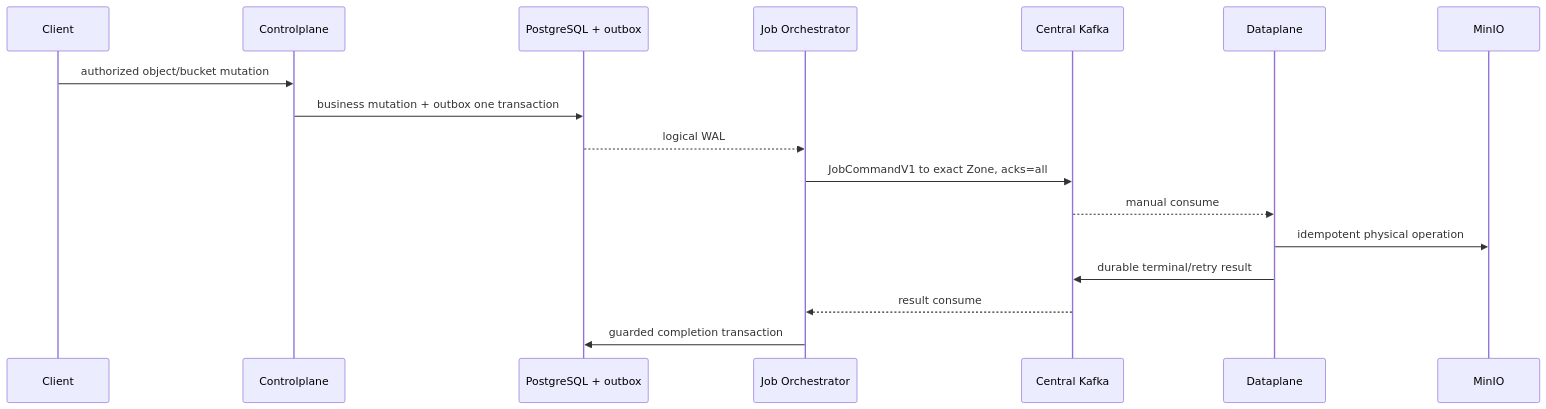
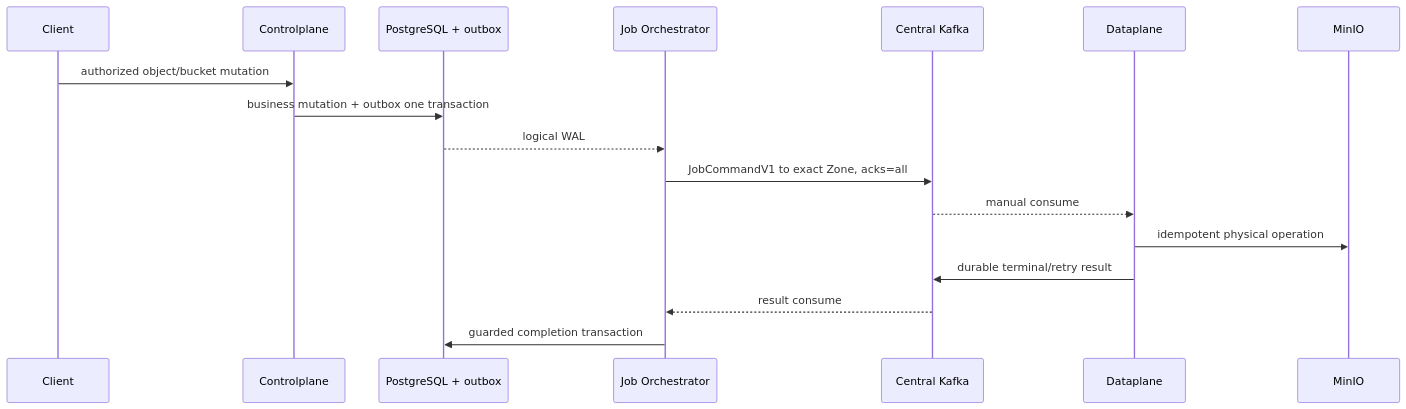
One commit to phucle996/aurora changed the first of 2 diagrams in god_view/storage/object_management_god_view.md. Above: the diagram before and after it, drawn with Mermaid. The commit also changed other lines of this file and 66 other files, not shown here.

````diff
--- a/god_view/storage/object_management_god_view.md
+++ b/god_view/storage/object_management_god_view.md
@@ -18,20 +18,21 @@
 ```mermaid
 sequenceDiagram
     participant C as Client
     participant CP as Controlplane
+    participant PG as PostgreSQL outbox
     participant PG as PostgreSQL + outbox
     participant JO as Job Orchestrator
     participant K as Central Kafka
     participant DP as Dataplane
     participant M as MinIO
 
     C->>CP: authorized object/bucket mutation
     CP->>PG: business mutation + outbox one transaction
     PG-->>JO: logical WAL
     JO->>K: JobCommandV1 to exact Zone, acks=all
     K-->>DP: manual consume
     DP->>M: idempotent physical operation
     DP->>K: durable terminal/retry result
     K-->>JO: result consume
     JO->>PG: guarded completion transaction
 ```
````
